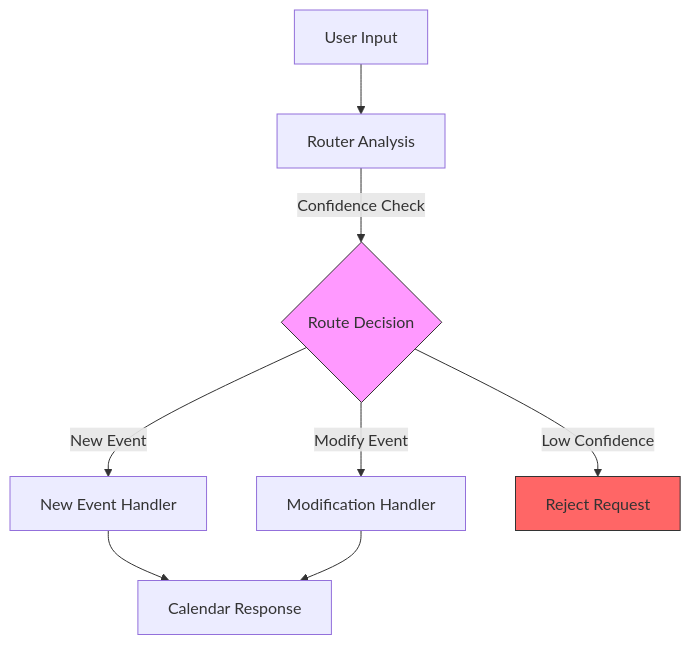
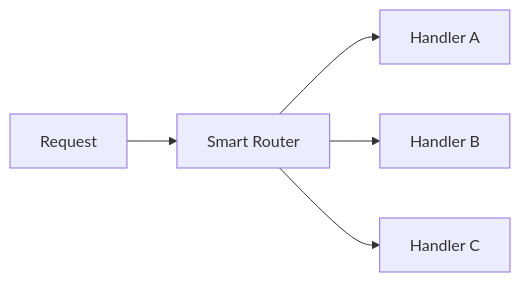
Before and after one commit to fazilraja/agent-workflows: the second of 4 diagrams in README.md, drawn with Mermaid. The commit also changed other lines of this file, not shown here.

````diff
--- a/README.md
+++ b/README.md
@@ -52,12 +51,7 @@
 ```mermaid
-graph TD
-    A[User Input] --> B[Router Analysis]
-    B -->|Confidence Check| C{Route Decision}
-    C -->|New Event| D[New Event Handler]
-    C -->|Modify Event| E[Modification Handler]
-    C -->|Low Confidence| F[Reject Request]
-    D & E --> G[Calendar Response]
-    
-    style C fill:#f9f,stroke:#333
-    style F fill:#f66,stroke:#333
+graph LR
+    A[Request] --> B[Smart Router]
+    B --> C[Handler A]
+    B --> D[Handler B]
+    B --> E[Handler C]
 ```
````
